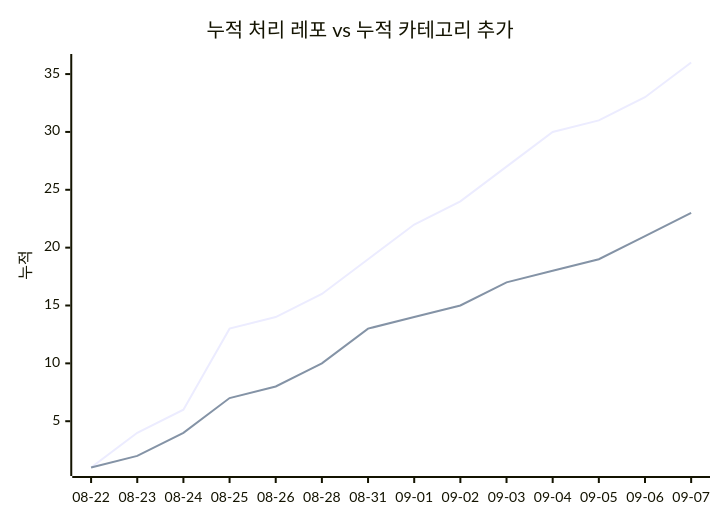
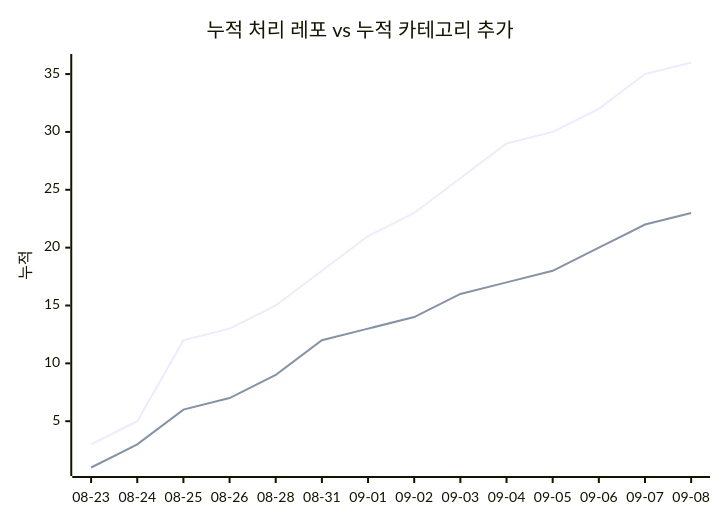
One commit to J-nowcow/awesome-korean-agent-skills changed the second of 2 diagrams in docs/trends.md. Above: the diagram before and after it, drawn with Mermaid. The commit also changed other lines of this file and 4 other files, not shown here.

````diff
--- a/docs/trends.md
+++ b/docs/trends.md
@@ -68,8 +68,8 @@
 ```mermaid
 xychart-beta
     title "누적 처리 레포 vs 누적 카테고리 추가"
-    x-axis ["08-22","08-23","08-24","08-25","08-26","08-28","08-31","09-01","09-02","09-03","09-04","09-05","09-06","09-07"]
+    x-axis ["08-23","08-24","08-25","08-26","08-28","08-31","09-01","09-02","09-03","09-04","09-05","09-06","09-07","09-08"]
     y-axis "누적"
-    line [1,4,6,13,14,16,19,22,24,27,30,31,33,36]
-    line [1,2,4,7,8,10,13,14,15,17,18,19,21,23]
+    line [3,5,12,13,15,18,21,23,26,29,30,32,35,36]
+    line [1,3,6,7,9,12,13,14,16,17,18,20,22,23]
 ```
````
